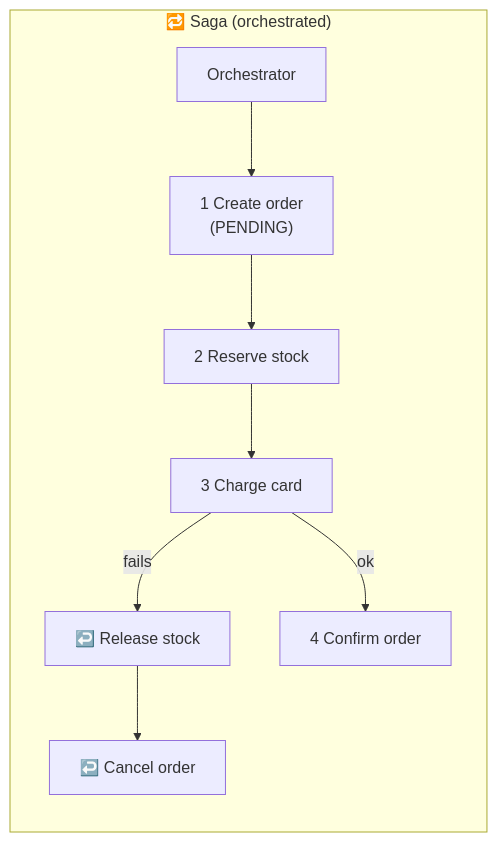
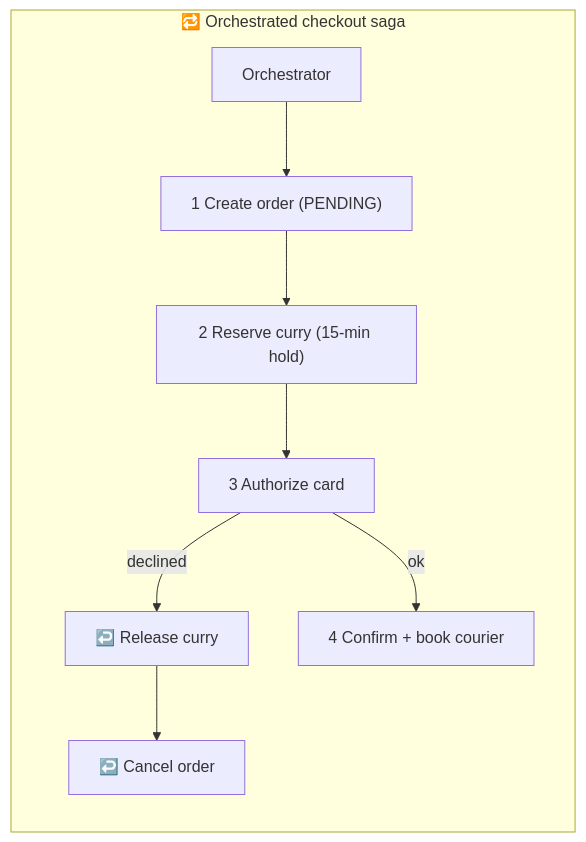
One commit to winnyboy5/System-Design-from-Atoms changed the second of 2 diagrams in phases/10-deep-internals/088-2pc-vs-sagas.md. Above: the diagram before and after it, drawn with Mermaid. The commit also changed other lines of this file and 9 other files, not shown here.

````diff
--- a/phases/10-deep-internals/088-2pc-vs-sagas.md
+++ b/phases/10-deep-internals/088-2pc-vs-sagas.md
@@ -41,11 +51,11 @@
 ```mermaid
 flowchart LR
-    subgraph Saga["🔁 Saga (orchestrated)"]
-        O["Orchestrator"] --> S1["1 Create order<br/>(PENDING)"]
-        S1 --> S2["2 Reserve stock"]
-        S2 --> S3["3 Charge card"]
-        S3 -->|"fails"| C2["↩️ Release stock"]
+    subgraph Saga["🔁 Orchestrated checkout saga"]
+        O["Orchestrator"] --> S1["1 Create order (PENDING)"]
+        S1 --> S2["2 Reserve curry (15-min hold)"]
+        S2 --> S3["3 Authorize card"]
+        S3 -->|"declined"| C2["↩️ Release curry"]
         C2 --> C1["↩️ Cancel order"]
-        S3 -->|"ok"| S4["4 Confirm order"]
+        S3 -->|"ok"| S4["4 Confirm + book courier"]
     end
 ```
````
